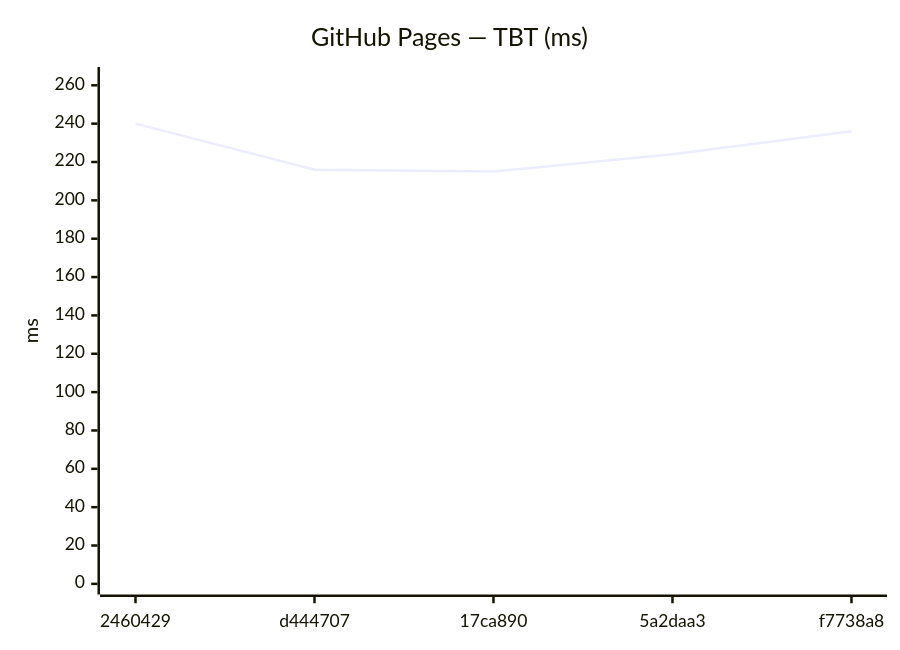
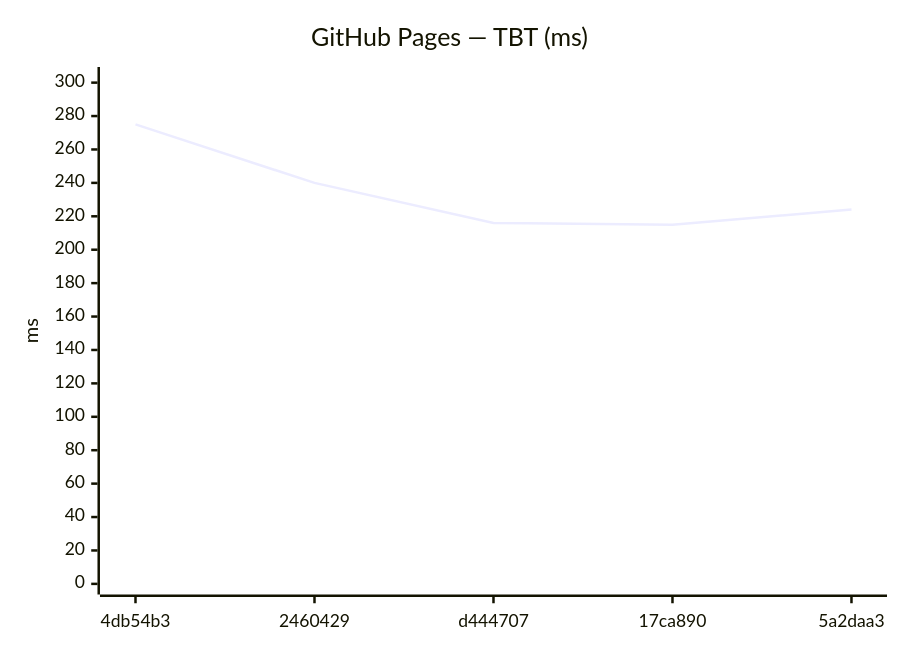
One commit to Metaheurist/Rianell changed the tenth of 18 diagrams in benchmarks/compare.md. Above: the diagram before and after it, drawn with Mermaid. The commit also changed other lines of this file and 11 other files, not shown here.

````diff
--- a/benchmarks/compare.md
+++ b/benchmarks/compare.md
@@ -149,7 +149,7 @@
 ```mermaid
 xychart-beta
     title "GitHub Pages — TBT (ms)"
-    x-axis ["2460429", "d444707", "17ca890", "5a2daa3", "f7738a8"]
-    y-axis "ms" 0 --> 264
-    line [240, 216, 215, 224, 236]
+    x-axis ["4db54b3", "2460429", "d444707", "17ca890", "5a2daa3"]
+    y-axis "ms" 0 --> 303
+    line [275, 240, 216, 215, 224]
 ```
````
